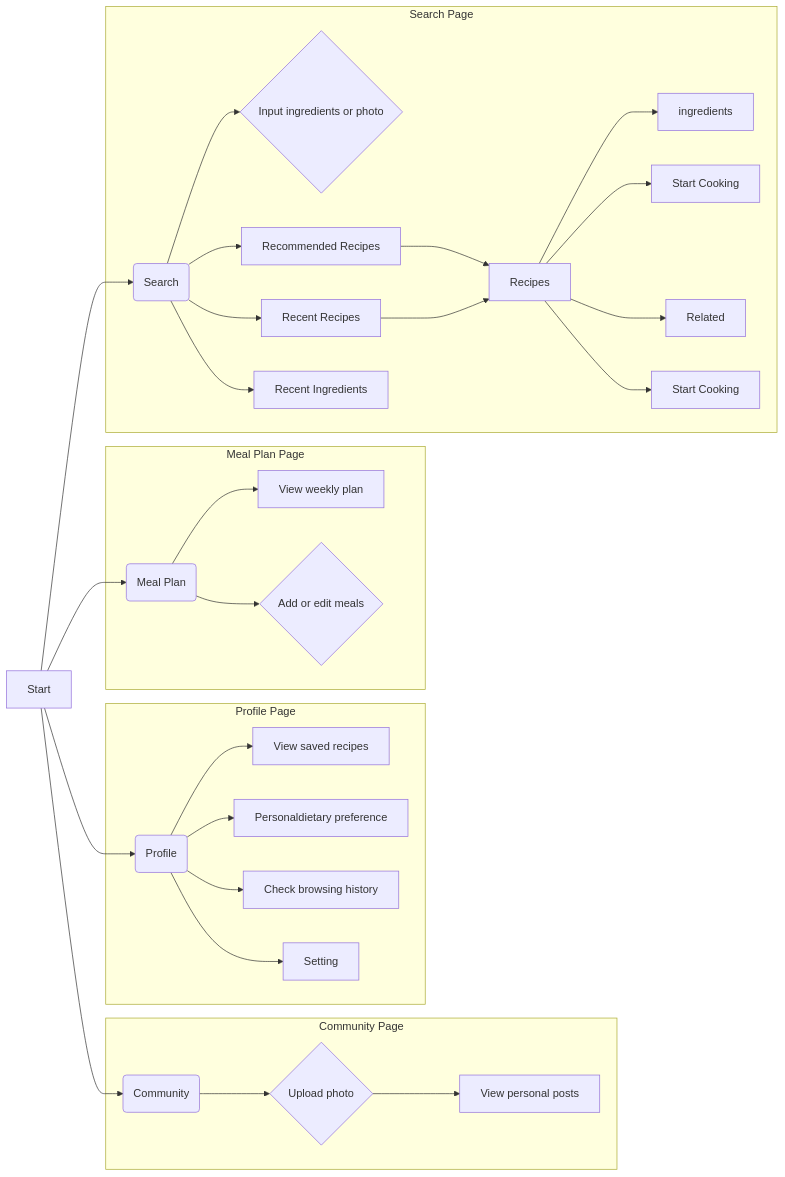
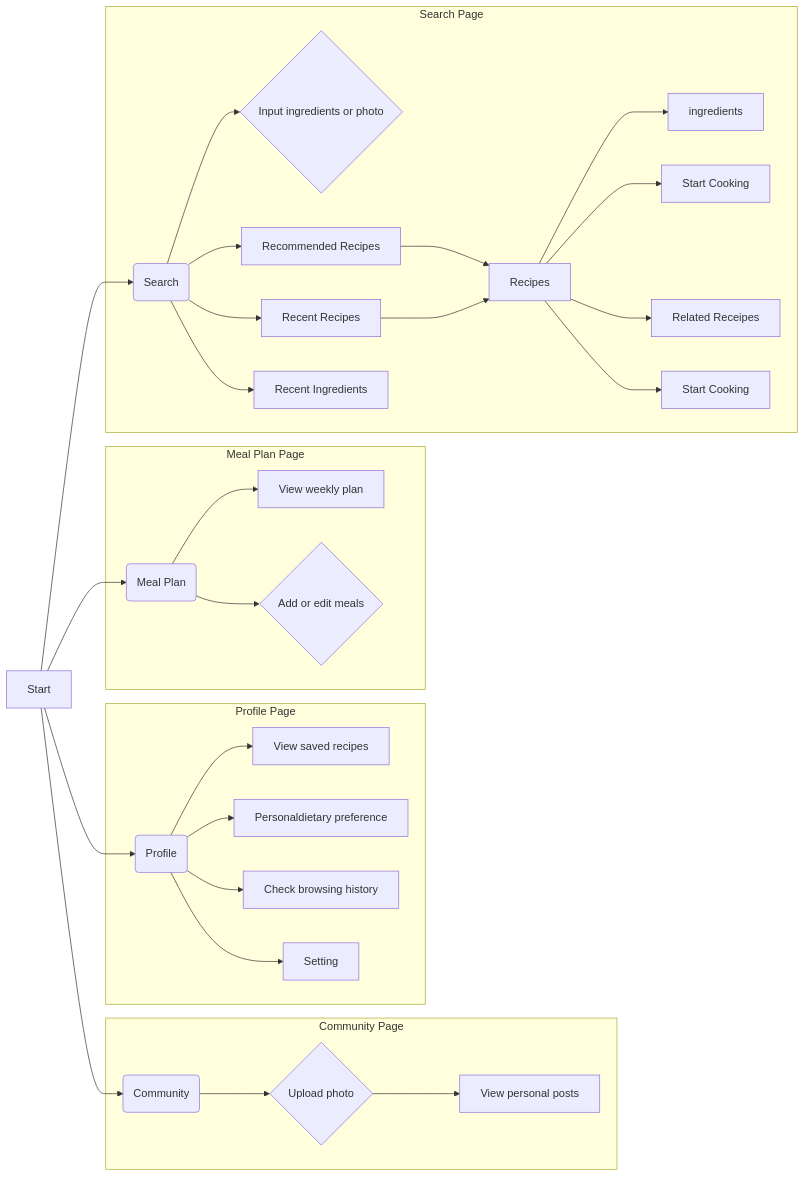
Before and after one commit to seven8301/iodraw-files: the diagram in all/未命名-2.md, drawn with Mermaid.

Commit message:
2025-04-09 20:46:49 update

````diff
--- a/all/未命名-2.md
+++ b/all/未命名-2.md
@@ -1,37 +1,37 @@
 ```mermaid
 graph LR
     A[Start] --> B(Search);
     A --> C(Community);
     A --> D(Meal Plan);
     A --> E(Profile);
 
     
     subgraph "Profile Page"
         E --> L[View saved recipes];
         E --> Q[Personaldietary preference];
         E --> M[Check browsing history];
         E --> P[Setting];
 
         
     end
       subgraph "Meal Plan Page"
         D --> J[View weekly plan];
         D --> K{Add or edit meals};
     end
      subgraph "Community Page"
         C --> H{Upload photo};
         H --> I[View personal posts];
     end
     subgraph "Search Page"
         B --> F{Input ingredients or photo};
         B --> G[Recommended Recipes];
         G --> R[Recipes];
         O --> R[Recipes];
         R --> S[ingredients];
         R --> T[Start Cooking];
-        R --> U[Related];
+        R --> U[Related Receipes];
         R --> V[Start Cooking];
         B --> N[Recent Ingredients];
         B --> O[Recent Recipes];
     end
 ```
````
